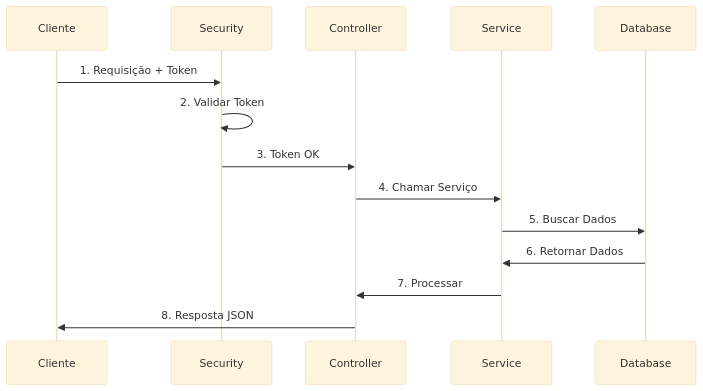
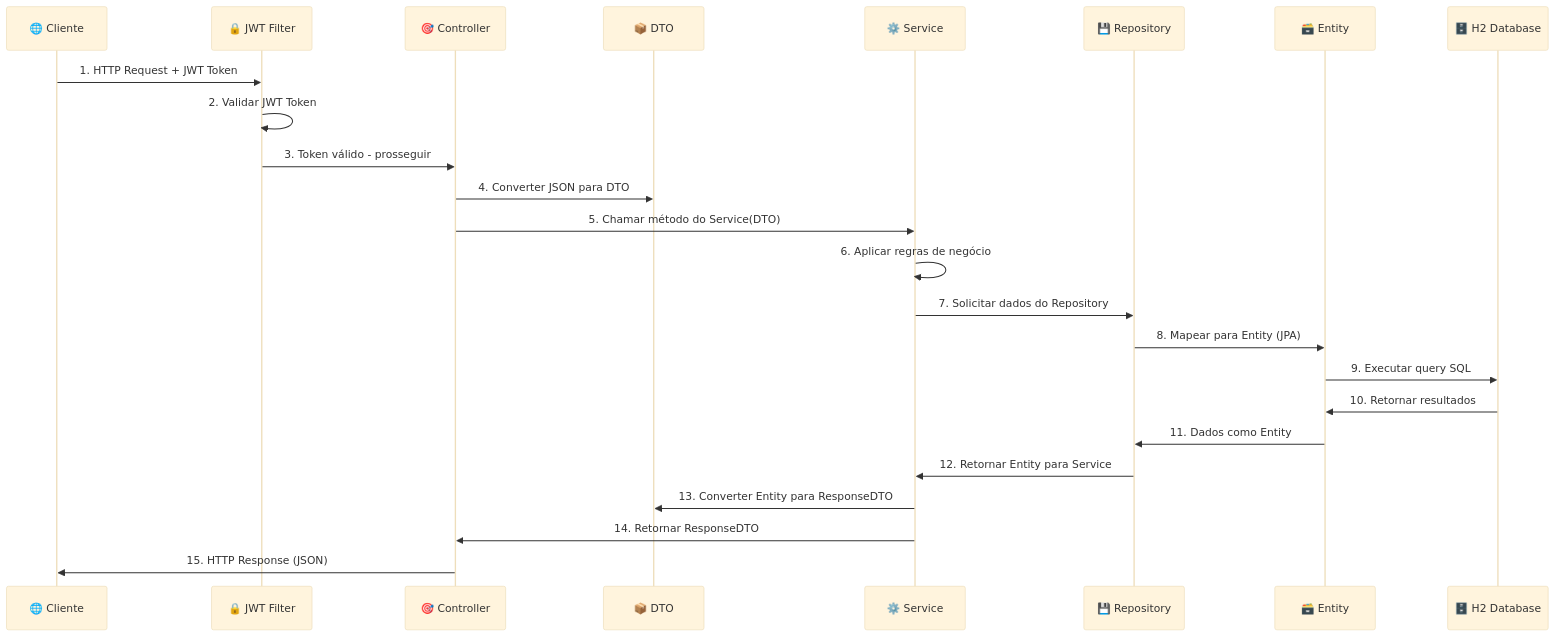
One commit to luigiferrarasinno/api_login_java_spring_boot changed the second of 2 diagrams in README.md. Above: the diagram before and after it, drawn with Mermaid (base theme).

Commit message:
aaaaaaaaaa

````diff
--- a/README.md
+++ b/README.md
@@ -169,17 +169,27 @@
 ```mermaid
 sequenceDiagram
-    participant C as Cliente
-    participant S as Security
-    participant Ctrl as Controller
-    participant Svc as Service
-    participant DB as Database
+    participant Cliente as 🌐 Cliente
+    participant Filter as 🔒 JWT Filter
+    participant Controller as 🎯 Controller
+    participant DTO as 📦 DTO
+    participant Service as ⚙️ Service
+    participant Repository as 💾 Repository
+    participant Entity as 🗃️ Entity
+    participant DB as 🗄️ H2 Database
     
-    C->>S: 1. Requisição + Token
-    S->>S: 2. Validar Token
-    S->>Ctrl: 3. Token OK
-    Ctrl->>Svc: 4. Chamar Serviço
-    Svc->>DB: 5. Buscar Dados
-    DB->>Svc: 6. Retornar Dados
-    Svc->>Ctrl: 7. Processar
-    Ctrl->>C: 8. Resposta JSON
+    Cliente->>Filter: 1. HTTP Request + JWT Token
+    Filter->>Filter: 2. Validar JWT Token
+    Filter->>Controller: 3. Token válido - prosseguir
+    Controller->>DTO: 4. Converter JSON para DTO
+    Controller->>Service: 5. Chamar método do Service(DTO)
+    Service->>Service: 6. Aplicar regras de negócio
+    Service->>Repository: 7. Solicitar dados do Repository
+    Repository->>Entity: 8. Mapear para Entity (JPA)
+    Entity->>DB: 9. Executar query SQL
+    DB->>Entity: 10. Retornar resultados
+    Entity->>Repository: 11. Dados como Entity
+    Repository->>Service: 12. Retornar Entity para Service
+    Service->>DTO: 13. Converter Entity para ResponseDTO
+    Service->>Controller: 14. Retornar ResponseDTO
+    Controller->>Cliente: 15. HTTP Response (JSON)
 ```
````
